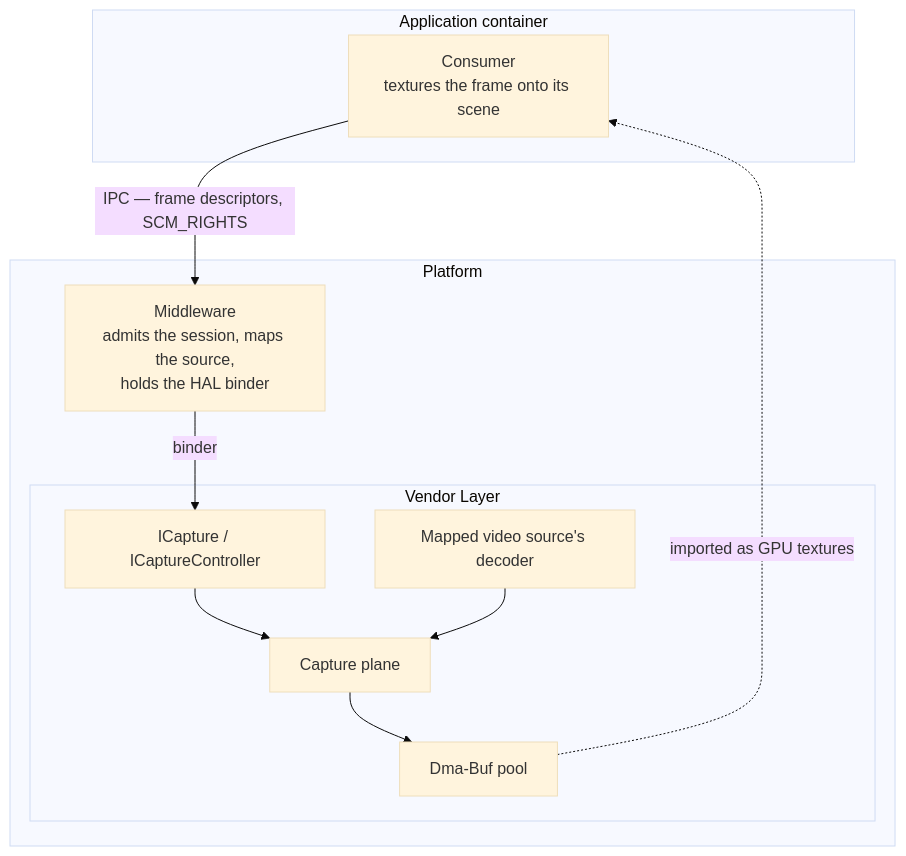
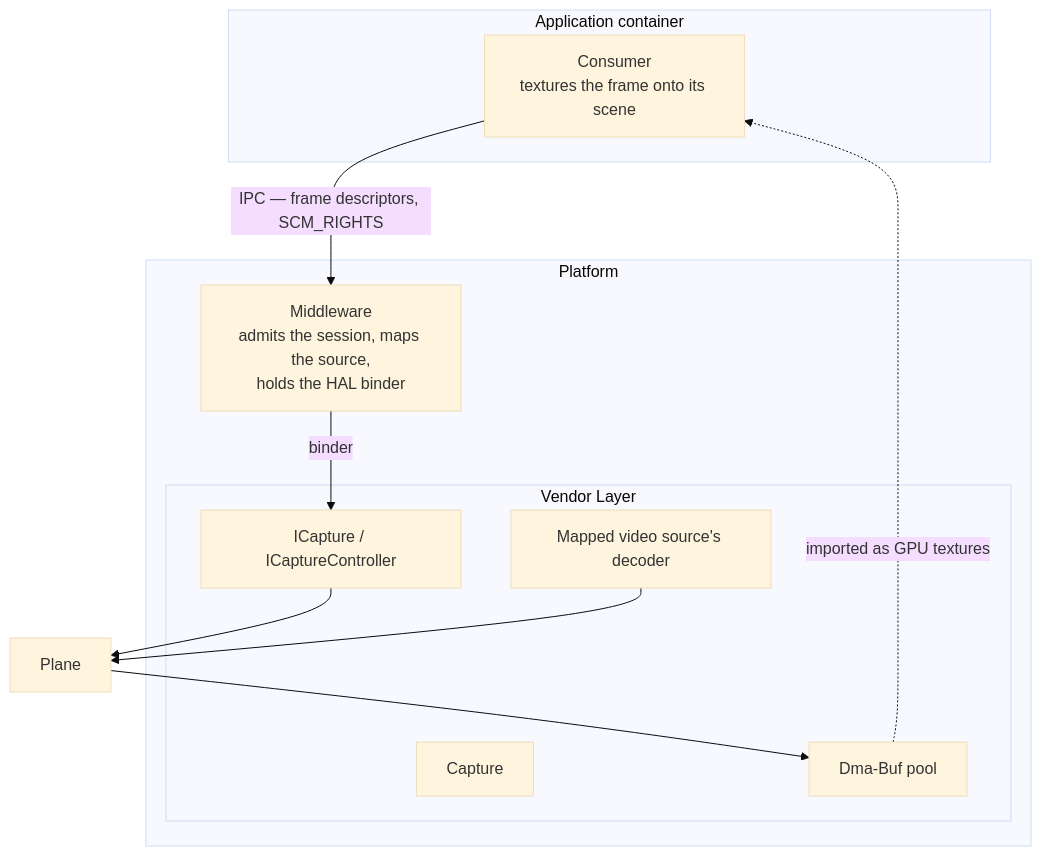
The first of 5 diagrams in capture/current/docs/capture_interface.md (rdkcentral/rdk-halif-aidl), drawn with Mermaid (base theme) before and after one commit. The commit also changed other lines of this file and 3 other files, not shown here.

````diff
--- a/capture/current/docs/capture_interface.md
+++ b/capture/current/docs/capture_interface.md
@@ -45,26 +47,26 @@
 ```mermaid
 flowchart TD
     %% --- Consumer, outside the platform ---
     subgraph AppContainer["Application container"]
         App["Consumer<br/>textures the frame onto its scene"]
     end
 
     %% --- Platform ---
     subgraph Platform["Platform"]
         MW["Middleware<br/>admits the session, maps the source,<br/>holds the HAL binder"]
 
         subgraph Vendor["Vendor Layer"]
             Capture["ICapture / ICaptureController"]
             Decoder["Mapped video source's decoder"]
-            Plane["Capture plane"]
+            Cap["Capture"]
             Pool["Dma-Buf pool"]
         end
     end
 
     App -->|IPC — frame descriptors, SCM_RIGHTS| MW
     MW -->|binder| Capture
     Capture --> Plane
     Decoder --> Plane
     Plane --> Pool
     Pool -. imported as GPU textures .-> App
 ```
````
